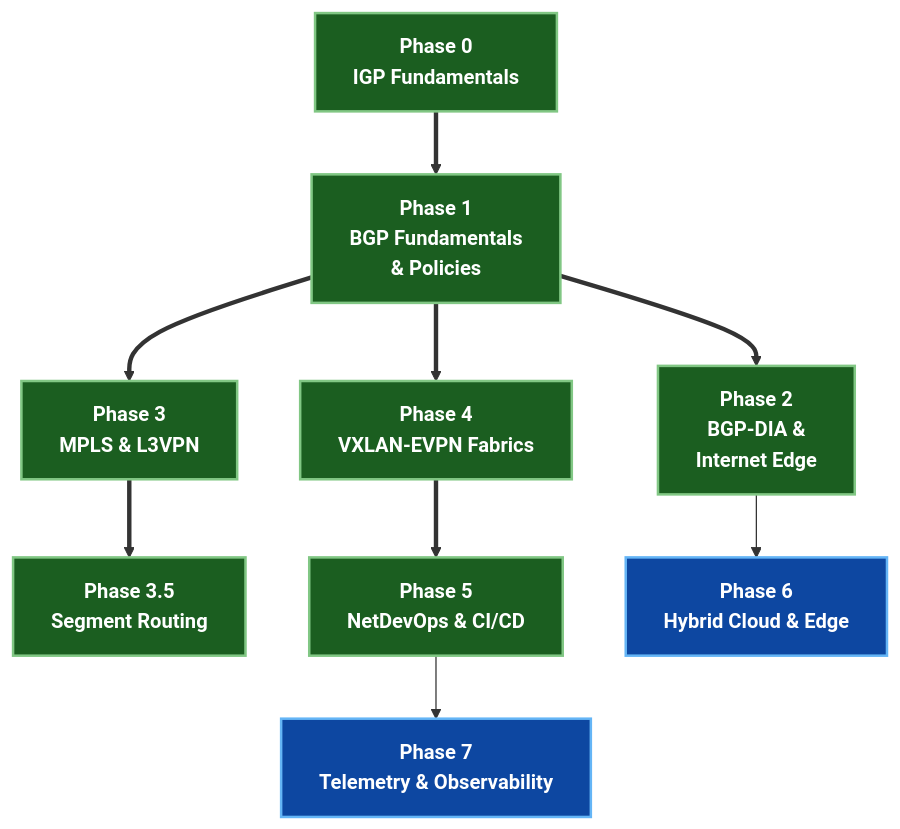
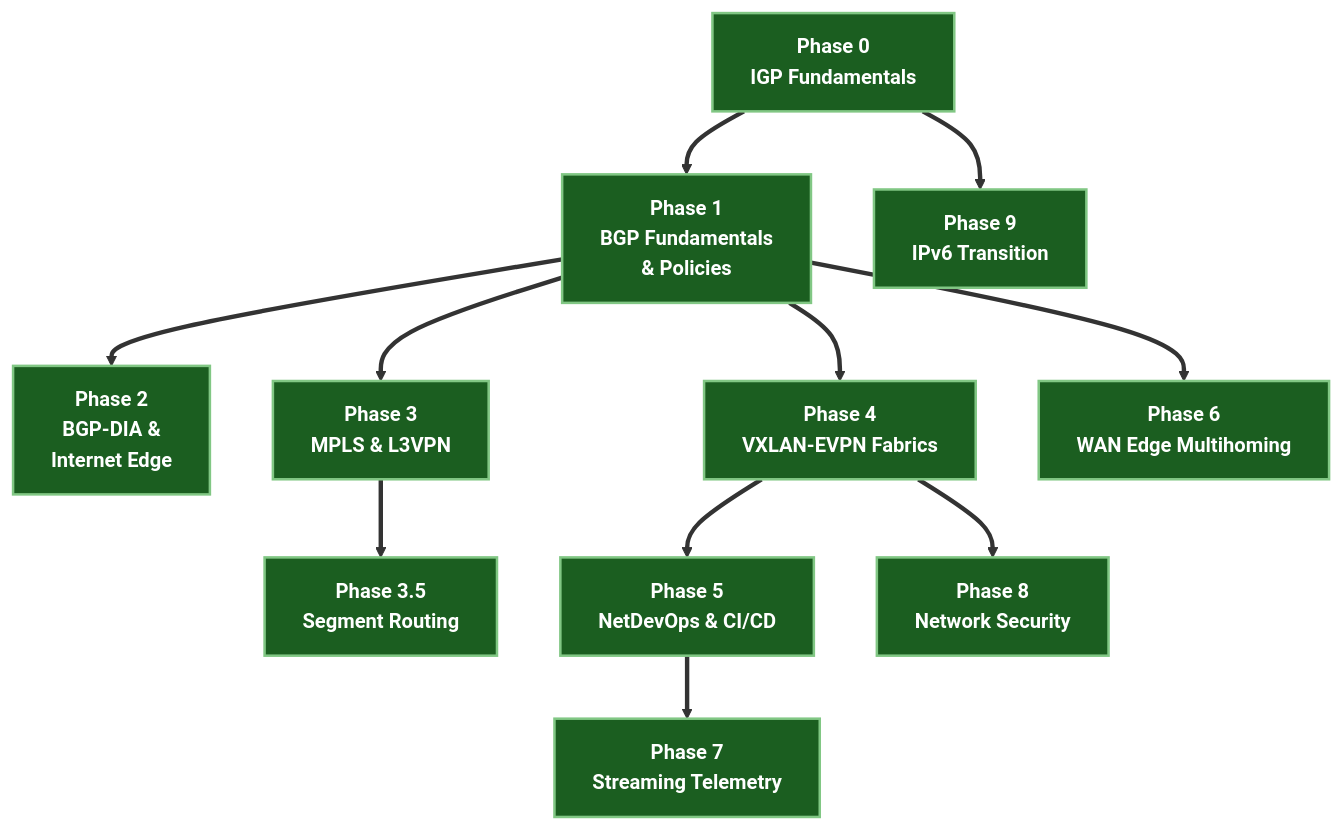
One commit to etherhtun/netforge-labs changed the diagram in docs/roadmap.md. Above: the diagram before and after it, drawn with Mermaid. The commit also changed other lines of this file and 1 other file, not shown here.

Commit message:
docs(portal): update roadmap and home page to reflect all 10 published courses and interview prep guide

````diff
--- a/docs/roadmap.md
+++ b/docs/roadmap.md
@@ -11,16 +11,16 @@
 ```mermaid
 graph TD
     P0["Phase 0<br/>IGP Fundamentals"] ==> P1["Phase 1<br/>BGP Fundamentals<br/>& Policies"]
     P1 ==> P2["Phase 2<br/>BGP-DIA &<br/>Internet Edge"]
     P1 ==> P3["Phase 3<br/>MPLS & L3VPN"]
     P3 ==> P35["Phase 3.5<br/>Segment Routing"]
     P1 ==> P4["Phase 4<br/>VXLAN-EVPN Fabrics"]
     P4 ==> P5["Phase 5<br/>NetDevOps & CI/CD"]
-    P2 --> P6["Phase 6<br/>Hybrid Cloud & Edge"]
-    P5 --> P7["Phase 7<br/>Telemetry & Observability"]
+    P1 ==> P6["Phase 6<br/>WAN Edge Multihoming"]
+    P5 ==> P7["Phase 7<br/>Streaming Telemetry"]
+    P4 ==> P8["Phase 8<br/>Network Security"]
+    P0 ==> P9["Phase 9<br/>IPv6 Transition"]
 
     classDef done fill:#1b5e20,stroke:#81c784,color:#ffffff,stroke-width:2px,font-weight:bold;
-    classDef plan fill:#0d47a1,stroke:#64b5f6,color:#ffffff,stroke-width:2px,font-weight:bold;
-
-    class P0,P1,P2,P3,P35,P4,P5 done; class P6,P7 plan;
+    class P0,P1,P2,P3,P35,P4,P5,P6,P7,P8,P9 done;
 ```
````
